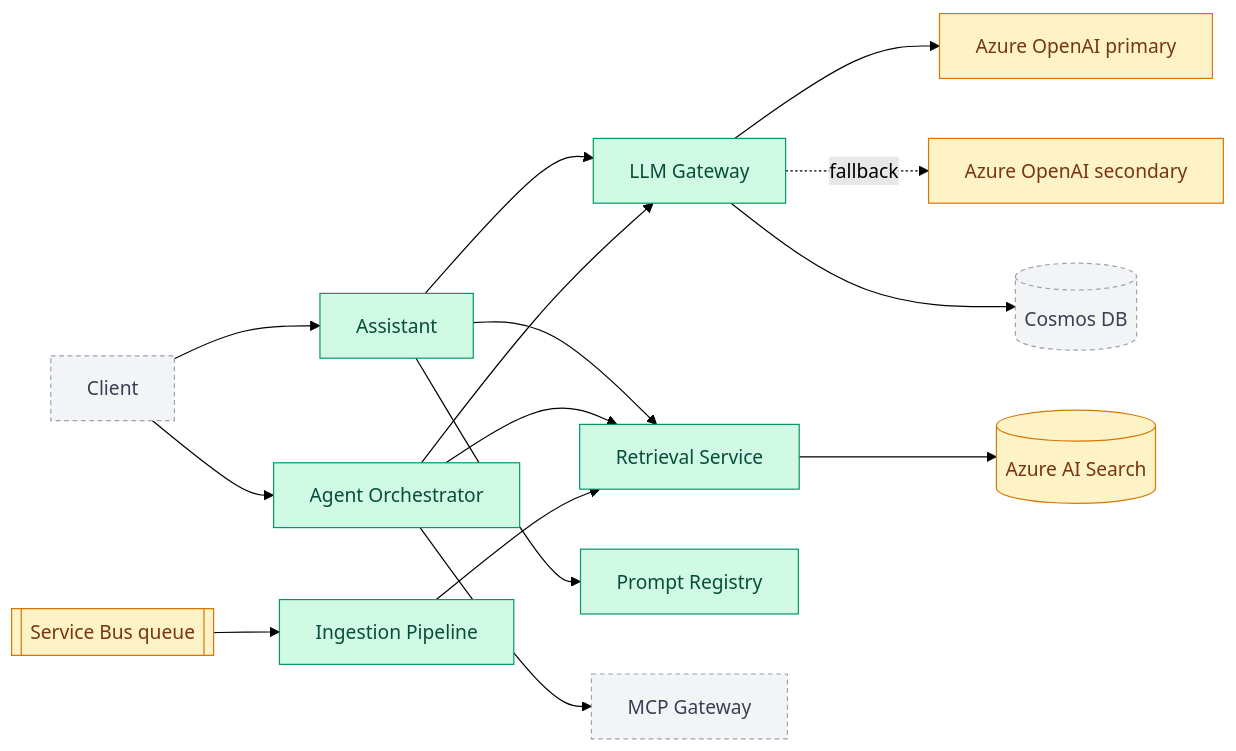
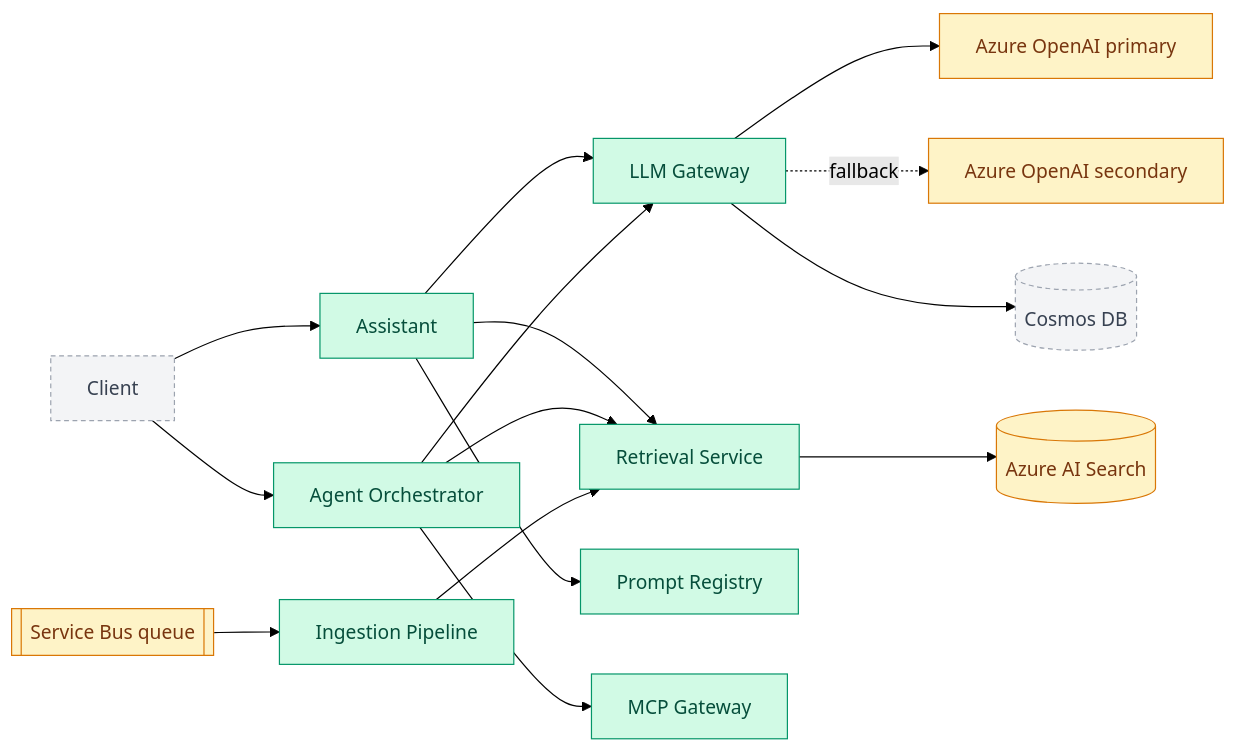
One commit to SwaroopManjunath/enterprise-genai-platform changed the diagram in README.md. Above: the diagram before and after it, drawn with Mermaid (forest theme). The commit also changed other lines of this file and 4 other files, not shown here.

````diff
--- a/README.md
+++ b/README.md
@@ -45,24 +46,24 @@
 ```mermaid
 flowchart LR
     Client --> AS[Assistant]
     AS --> GW[LLM Gateway]
     AS --> RET[Retrieval Service]
     AS --> PR[Prompt Registry]
     Client --> AG[Agent Orchestrator]
     AG --> GW
     AG --> MCP[MCP Gateway]
     AG --> RET
     RET --> AIS[(Azure AI Search)]
     ING[Ingestion Pipeline] --> RET
     SB[[Service Bus queue]] --> ING
     GW --> AOAI1[Azure OpenAI primary]
     GW -. fallback .-> AOAI2[Azure OpenAI secondary]
     GW --> COS[(Cosmos DB)]
 
     classDef done fill:#d1fae5,stroke:#059669,color:#064e3b;
     classDef stub fill:#fef3c7,stroke:#d97706,color:#78350f;
     classDef planned fill:#f3f4f6,stroke:#9ca3af,stroke-dasharray:4 3,color:#374151;
-    class AS,GW,PR,ING,RET,AG done;
+    class AS,GW,PR,ING,RET,AG,MCP done;
     class AIS,SB,AOAI1,AOAI2 stub;
-    class Client,MCP,COS planned;
+    class Client,COS planned;
 ```
````
